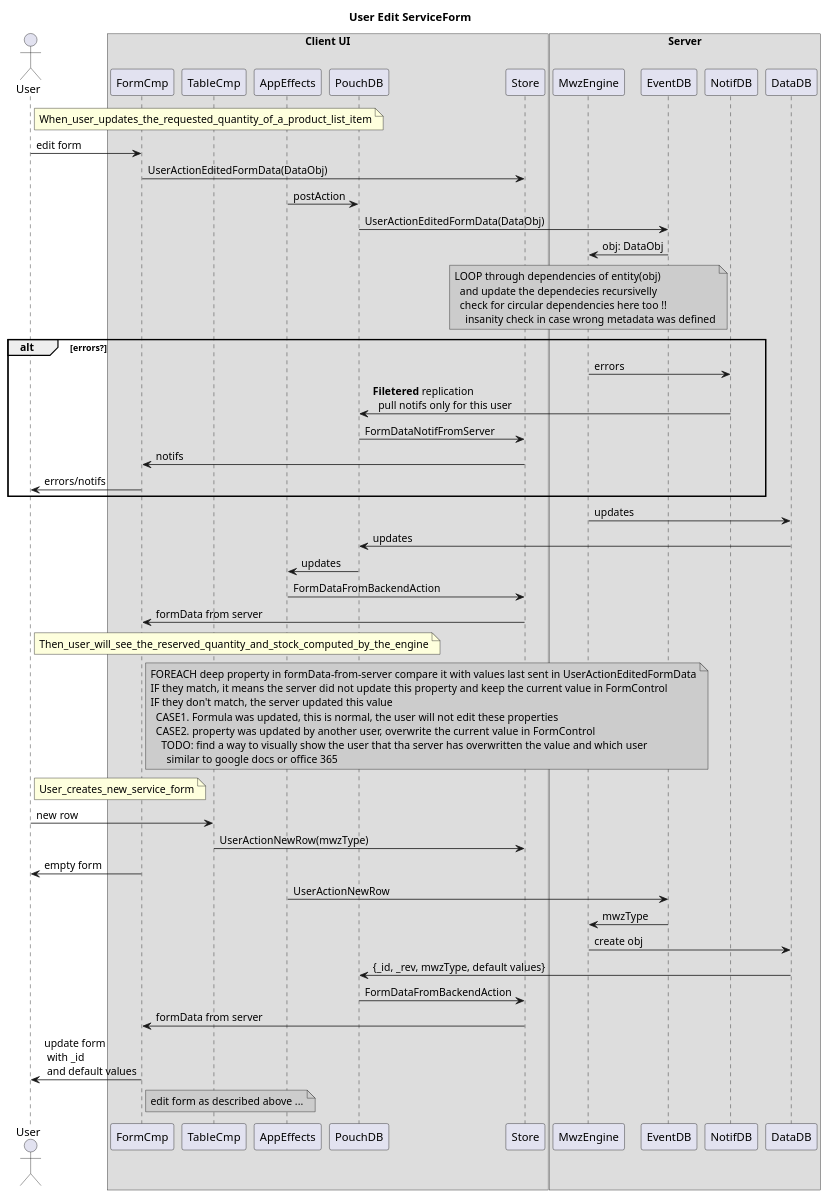
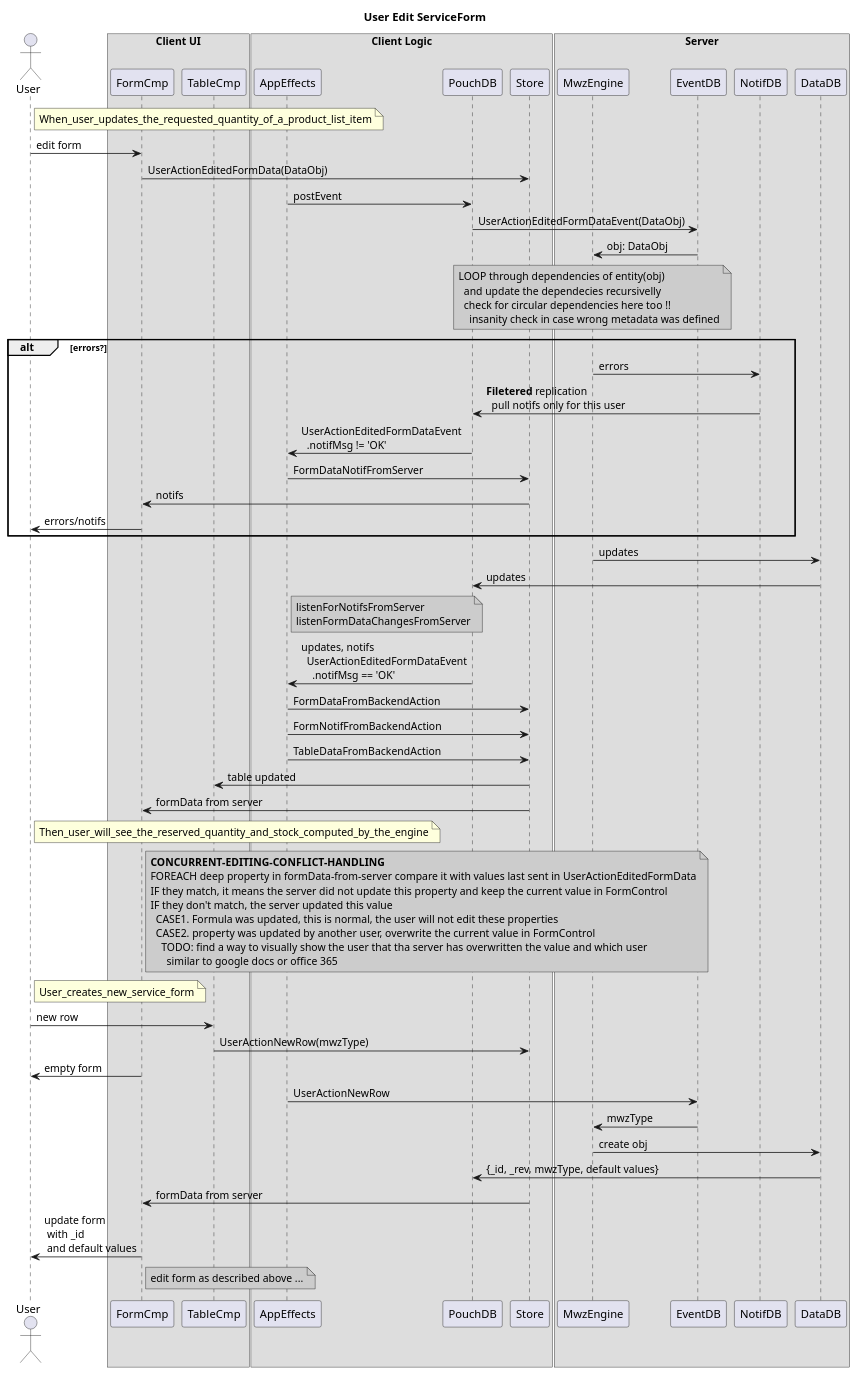
One commit to formuladb/poc1 changed the diagram in docs/edit_flow.puml. Above: the diagram before and after it, drawn with PlantUML. The commit also changed 16 other files, not shown here.

```diff
--- a/docs/edit_flow.puml
+++ b/docs/edit_flow.puml
@@ -1,74 +1,86 @@
 @startuml edit_flow
 
 title User Edit ServiceForm
 
 actor User
 box "Client UI"
     participant FormCmp
     participant TableCmp
+end box
+box "Client Logic"
     participant AppEffects
     participant PouchDB
     participant Store
 end box
 box "Server"
     participant MwzEngine
     participant EventDB
     participant NotifDB
     participant DataDB
 end box
 
 note right of User: When_user_updates_the_requested_quantity_of_a_product_list_item
 
 User -> FormCmp: edit form
 FormCmp -> Store: UserActionEditedFormData(DataObj)
-AppEffects -> PouchDB: postAction
-PouchDB -> EventDB: UserActionEditedFormData(DataObj)
+AppEffects -> PouchDB: postEvent
+PouchDB -> EventDB: UserActionEditedFormDataEvent(DataObj)
 MwzEngine <- EventDB: obj: DataObj
 note over MwzEngine #CCCCCC
 LOOP through dependencies of entity(obj)
   and update the dependecies recursivelly
   check for circular dependencies here too !!
     insanity check in case wrong metadata was defined
 end note
 
 alt errors?
 MwzEngine -> NotifDB: errors
 NotifDB -> PouchDB: **Filetered** replication\n\
   pull notifs only for this user
-PouchDB -> Store: FormDataNotifFromServer
+AppEffects <- PouchDB: UserActionEditedFormDataEvent\n  .notifMsg != 'OK'
+AppEffects -> Store: FormDataNotifFromServer
 FormCmp <- Store: notifs
 User <- FormCmp: errors/notifs
 end
 
 MwzEngine -> DataDB: updates
 PouchDB <- DataDB: updates
-AppEffects <- PouchDB: updates
+note right of AppEffects #CCCCCC
+listenForNotifsFromServer
+listenFormDataChangesFromServer
+end note
+AppEffects <- PouchDB: updates, notifs\n\
+  UserActionEditedFormDataEvent\n\
+    .notifMsg == 'OK'
 AppEffects -> Store: FormDataFromBackendAction
+AppEffects -> Store: FormNotifFromBackendAction
+AppEffects -> Store: TableDataFromBackendAction
+TableCmp <- Store: table updated
 FormCmp <- Store: formData from server
 
 note right of User: Then_user_will_see_the_reserved_quantity_and_stock_computed_by_the_engine
 note right of FormCmp #CCCCCC
+**CONCURRENT-EDITING-CONFLICT-HANDLING**
 FOREACH deep property in formData-from-server compare it with values last sent in UserActionEditedFormData
 IF they match, it means the server did not update this property and keep the current value in FormControl
 IF they don't match, the server updated this value
   CASE1. Formula was updated, this is normal, the user will not edit these properties
   CASE2. property was updated by another user, overwrite the current value in FormControl
     TODO: find a way to visually show the user that tha server has overwritten the value and which user
       similar to google docs or office 365
 end note
 
 note right of User: User_creates_new_service_form
 
 User -> TableCmp: new row
 TableCmp -> Store: UserActionNewRow(mwzType)
 User <- FormCmp: empty form
 AppEffects -> EventDB: UserActionNewRow
 MwzEngine <- EventDB: mwzType
 MwzEngine -> DataDB: create obj
 PouchDB <- DataDB: {_id, _rev, mwzType, default values}
-PouchDB -> Store: FormDataFromBackendAction
 FormCmp <- Store: formData from server
 User <- FormCmp: update form\n with _id\n and default values
 note right FormCmp #CCCCCC: edit form as described above ...
 
 @enduml
```
